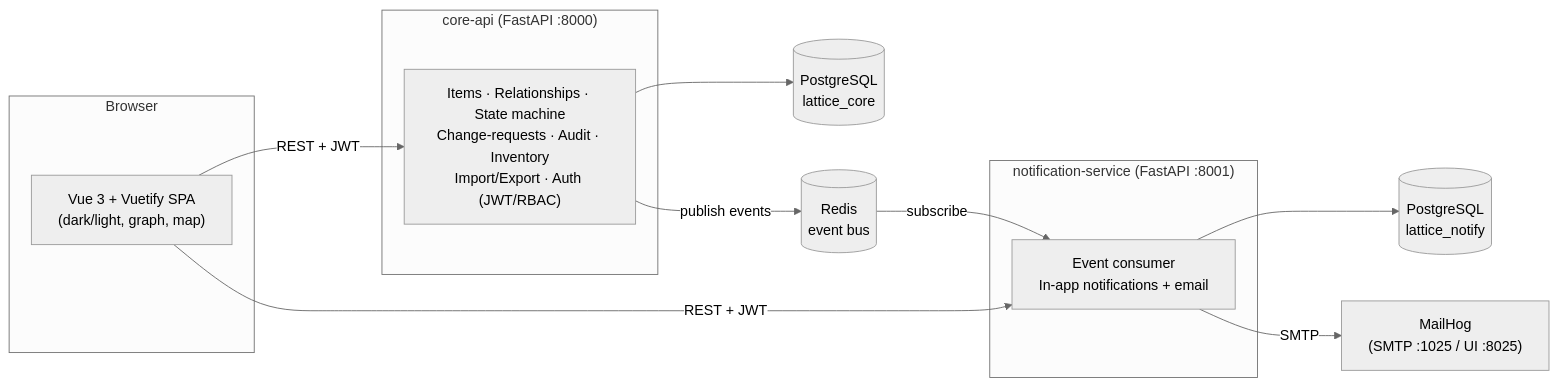
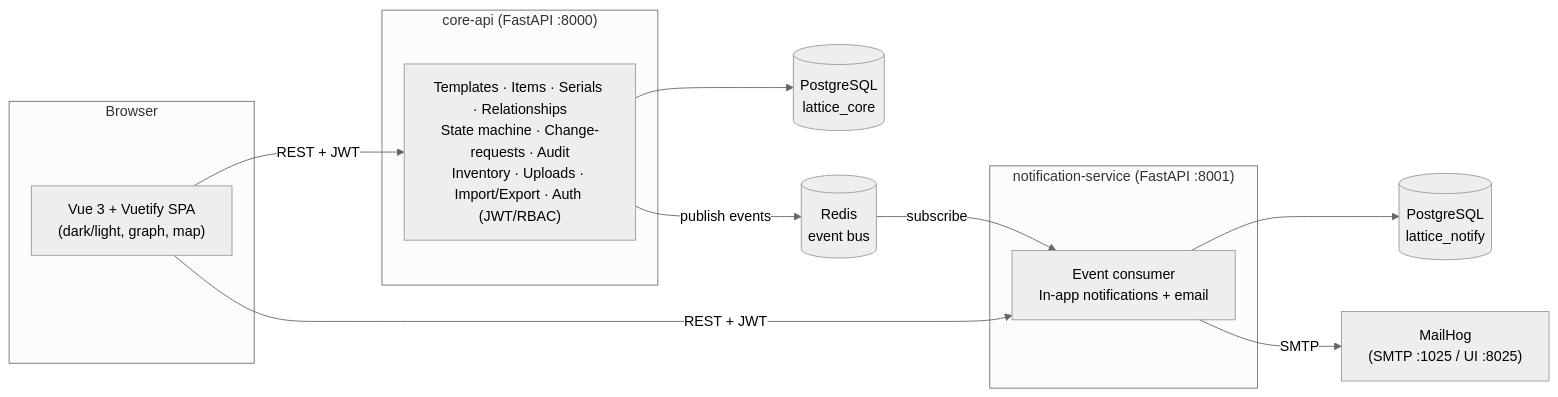
One commit to ilaywork06-crypto/Lattice changed the diagram in README.md. Above: the diagram before and after it, drawn with Mermaid (neutral theme). The commit also changed other lines of this file and 2 other files, not shown here.

````diff
--- a/README.md
+++ b/README.md
@@ -18,24 +18,24 @@
 ```mermaid
 flowchart LR
     subgraph Browser
         FE["Vue 3 + Vuetify SPA<br/>(dark/light, graph, map)"]
     end
     subgraph Core["core-api (FastAPI :8000)"]
-        C["Items · Relationships · State machine<br/>Change-requests · Audit · Inventory<br/>Import/Export · Auth (JWT/RBAC)"]
+        C["Templates · Items · Serials · Relationships<br/>State machine · Change-requests · Audit<br/>Inventory · Uploads · Import/Export · Auth (JWT/RBAC)"]
     end
     subgraph Notif["notification-service (FastAPI :8001)"]
         N["Event consumer<br/>In-app notifications + email"]
     end
     PGC[("PostgreSQL<br/>lattice_core")]
     PGN[("PostgreSQL<br/>lattice_notify")]
     R[("Redis<br/>event bus")]
     M["MailHog<br/>(SMTP :1025 / UI :8025)"]
 
     FE -->|REST + JWT| C
     FE -->|REST + JWT| N
     C --> PGC
     C -->|publish events| R
     R -->|subscribe| N
     N --> PGN
     N -->|SMTP| M
 ```
````
